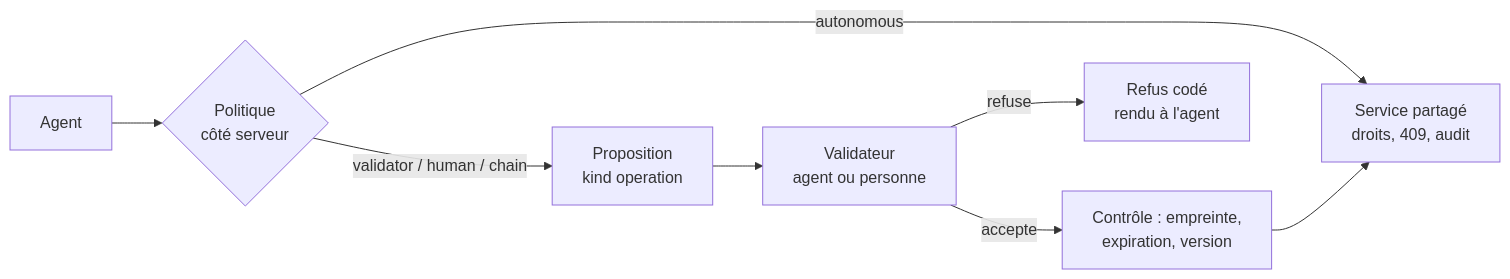
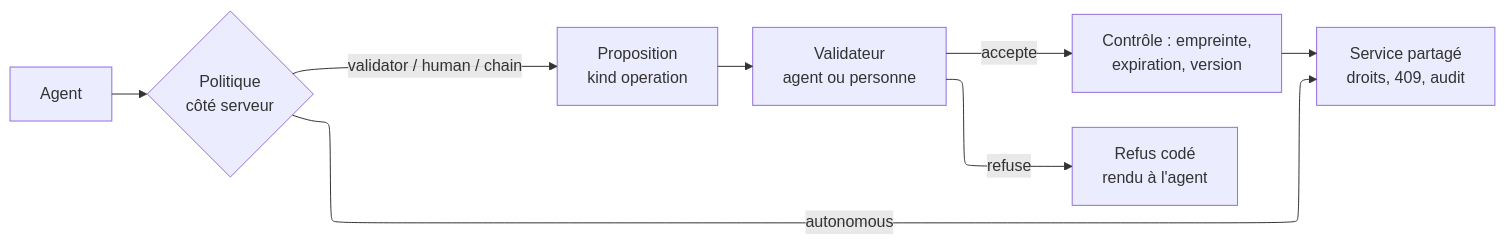
One commit to Pnex/pnex-rs changed the second of 3 diagrams in docs/architecture/operational-platform.md. Above: the diagram before and after it, drawn with Mermaid. The commit also changed other lines of this file, not shown here.

First line of the commit message:
docs(platform): rewrite operational-platform in STE with diagrams

````diff
--- a/docs/architecture/operational-platform.md
+++ b/docs/architecture/operational-platform.md
@@ -293,10 +278,14 @@
 ```mermaid
+---
+config:
+  layout: elk
+---
 flowchart LR
   A[Agent] --> P{Politique<br/>côté serveur}
   P -->|autonomous| X[Service partagé<br/>droits, 409, audit]
   P -->|validator / human / chain| R[Proposition<br/>kind operation]
   R --> V[Validateur<br/>agent ou personne]
   V -->|accepte| C[Contrôle : empreinte,<br/>expiration, version]
   C --> X
   V -->|refuse| N[Refus codé<br/>rendu à l'agent]
 ```
````
